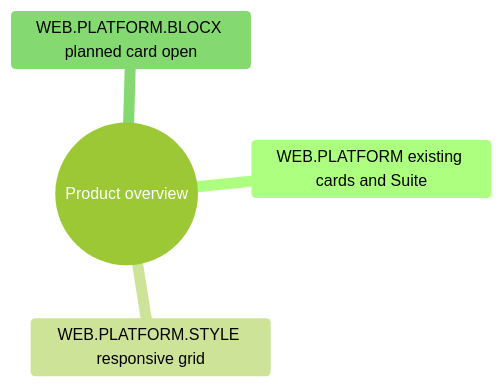
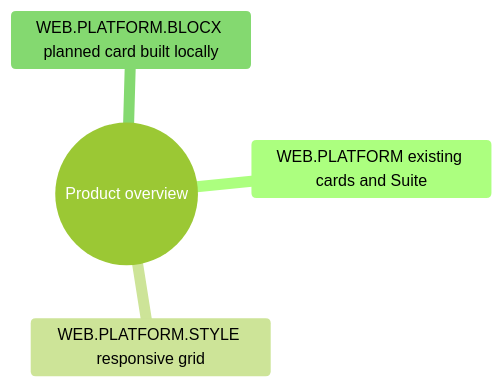
The diagram in docs/architecture/MAP.md (NeaBouli/stealth), drawn with Mermaid (forest theme) before and after one commit. The commit also changed other lines of this file and 5 other files, not shown here.

Commit message:
feat(website): add planned bLocX OS card on launch base (SC-BLOCX-SITE-01-FIX)

````diff
--- a/docs/architecture/MAP.md
+++ b/docs/architecture/MAP.md
@@ -19,7 +19,7 @@
 ```mermaid
 mindmap
   root((Product overview))
     WEB.PLATFORM existing cards and Suite
     WEB.PLATFORM.STYLE responsive grid
-    WEB.PLATFORM.BLOCX planned card open
+    WEB.PLATFORM.BLOCX planned card built locally
 ```
````
